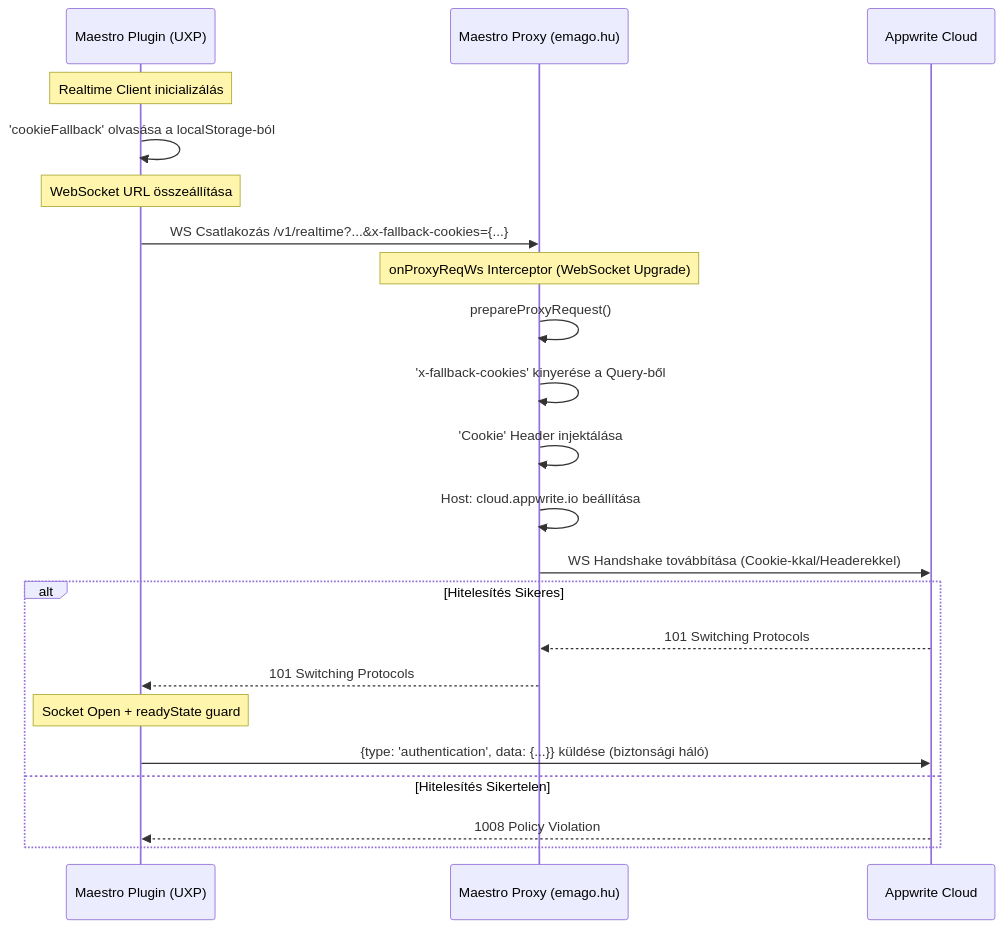
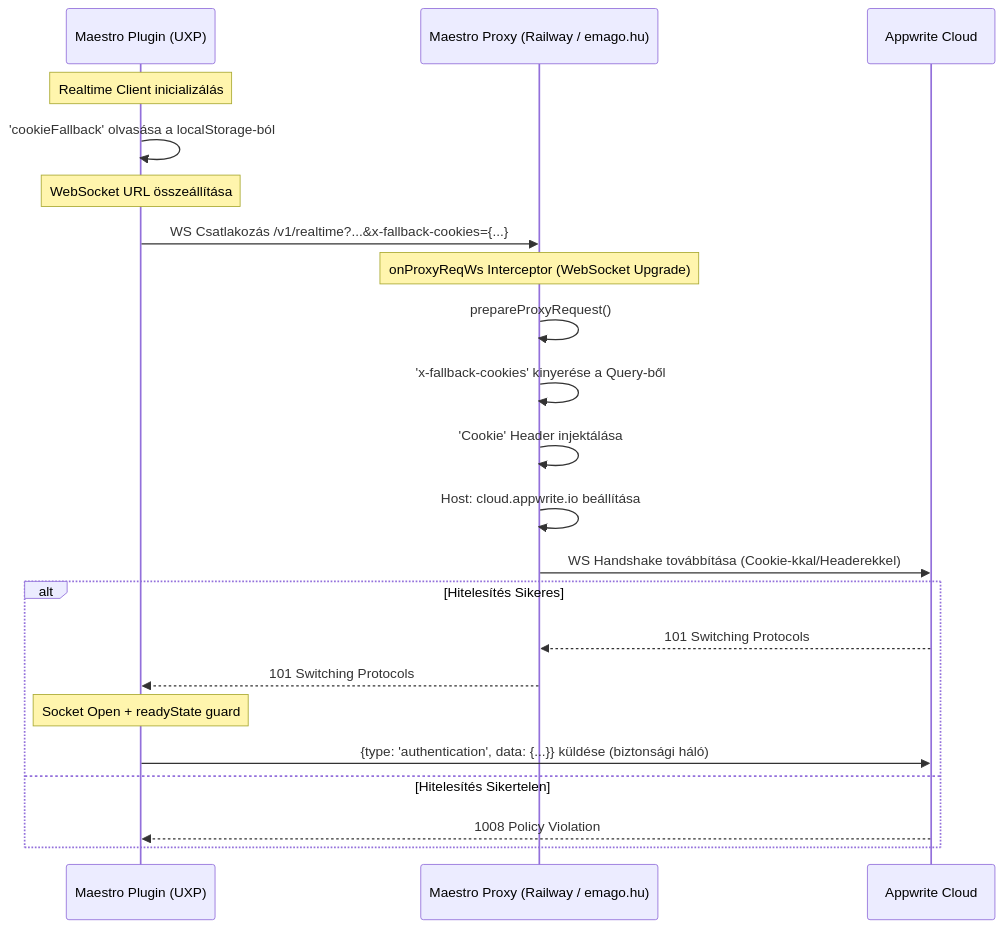
One commit to SashalmiImre/Maestro_Plugin changed the diagram in packages/maestro-indesign/docs/REALTIME_ARCHITECTURE.md. Above: the diagram before and after it, drawn with Mermaid. The commit also changed other lines of this file and 7 other files, not shown here.

````diff
--- a/packages/maestro-indesign/docs/REALTIME_ARCHITECTURE.md
+++ b/packages/maestro-indesign/docs/REALTIME_ARCHITECTURE.md
@@ -20,29 +20,29 @@
 ```mermaid
 sequenceDiagram
     participant Client as Maestro Plugin (UXP)
-    participant Proxy as Maestro Proxy (emago.hu)
+    participant Proxy as Maestro Proxy (Railway / emago.hu)
     participant Appwrite as Appwrite Cloud
 
     Note over Client: Realtime Client inicializálás
     Client->>Client: 'cookieFallback' olvasása a localStorage-ból
 
     Note over Client: WebSocket URL összeállítása
     Client->>Proxy: WS Csatlakozás /v1/realtime?...&x-fallback-cookies={...}
 
     Note over Proxy: onProxyReqWs Interceptor (WebSocket Upgrade)
     Proxy->>Proxy: prepareProxyRequest()
     Proxy->>Proxy: 'x-fallback-cookies' kinyerése a Query-ből
     Proxy->>Proxy: 'Cookie' Header injektálása
     Proxy->>Proxy: Host: cloud.appwrite.io beállítása
 
     Proxy->>Appwrite: WS Handshake továbbítása (Cookie-kkal/Headerekkel)
 
     alt Hitelesítés Sikeres
         Appwrite-->>Proxy: 101 Switching Protocols
         Proxy-->>Client: 101 Switching Protocols
         Note over Client: Socket Open + readyState guard
         Client->>Appwrite: {type: 'authentication', data: {...}} küldése (biztonsági háló)
     else Hitelesítés Sikertelen
         Appwrite-->>Client: 1008 Policy Violation
     end
 ```
````
